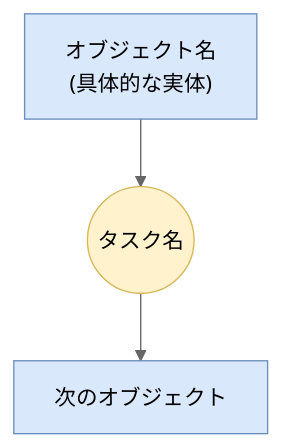
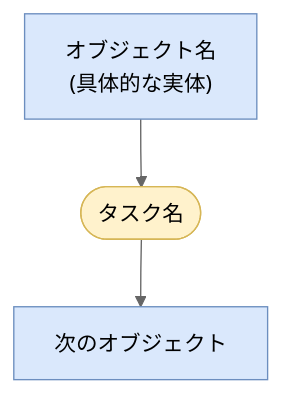
The diagram in skills/pfd/SKILL.md (honokani/dot_claude), drawn with Mermaid (neutral theme) before and after one commit. The commit also changed other lines of this file and 3 other files, not shown here.

````diff
--- a/skills/pfd/SKILL.md
+++ b/skills/pfd/SKILL.md
@@ -166,12 +166,12 @@
 ```mermaid
 flowchart TD
     O1["オブジェクト名<br/>(具体的な実体)"]
-    T1(("タスク名"))
+    T1(["タスク名"])
     O2["次のオブジェクト"]
     O1 --> T1 --> O2
 
     classDef obj fill:#dae8fc,stroke:#6c8ebf
     classDef task fill:#fff2cc,stroke:#d6b656
     class O1,O2 obj
     class T1 task
 ```
````
